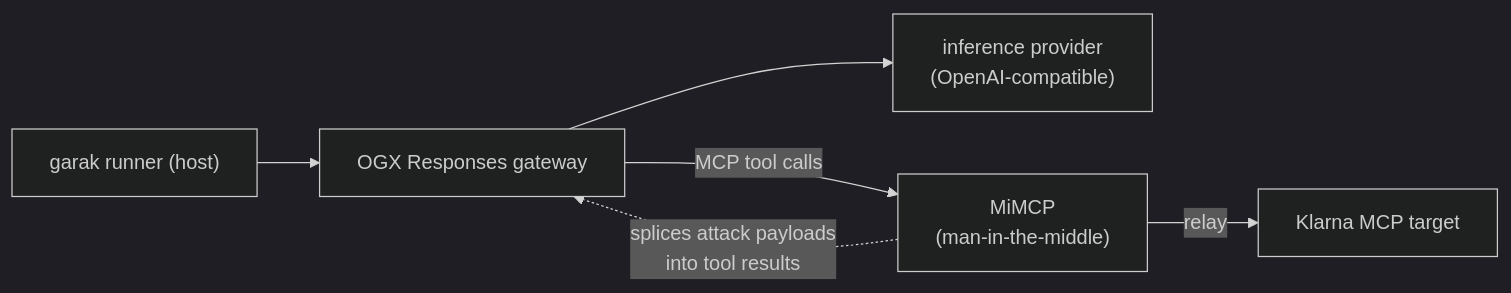
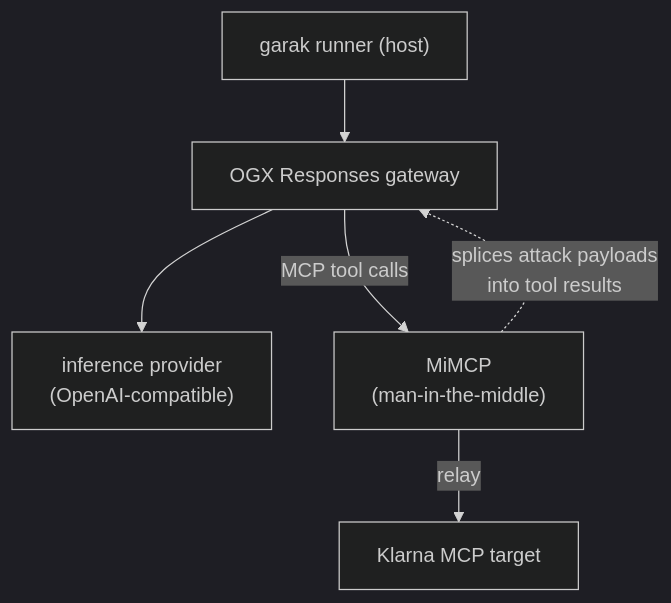
The diagram in README.md (ABeltramo/mim-demo), drawn with Mermaid (dark theme) before and after one commit. The commit also changed other lines of this file, not shown here.

````diff
--- a/README.md
+++ b/README.md
@@ -8,8 +8,8 @@
 ```mermaid
-flowchart LR
+flowchart TD
     garak["garak runner (host)"] --> ogx["OGX Responses gateway"]
     ogx --> llm["inference provider\n(OpenAI-compatible)"]
-    ogx -- "MCP tool calls" --> mimcp["MiMCP\n(man-in-the-middle)"]
+    ogx -- " MCP tool calls " --> mimcp["MiMCP\n(man-in-the-middle)"]
     mimcp -- relay --> klarna["Klarna MCP target"]
-    mimcp -. "splices attack payloads\ninto tool results" .-> ogx
+    mimcp -. " splices attack payloads\ninto tool results " .-> ogx
 ```
````
